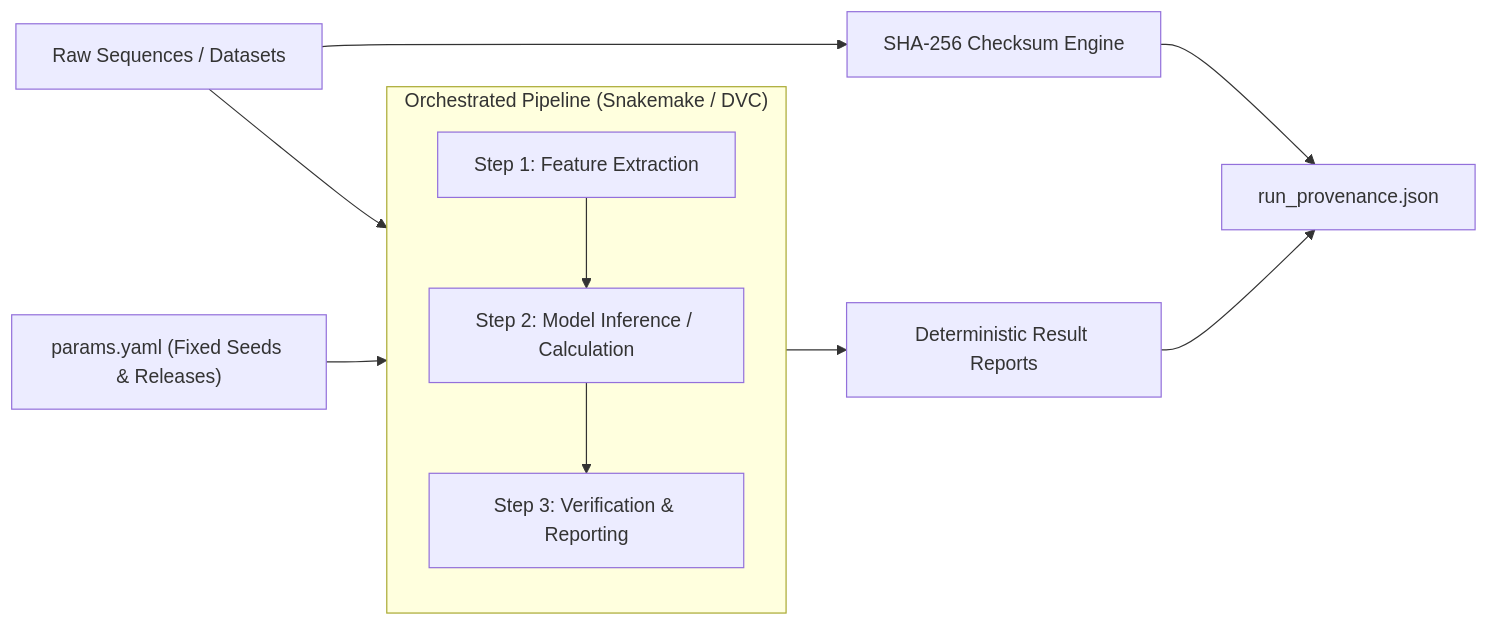
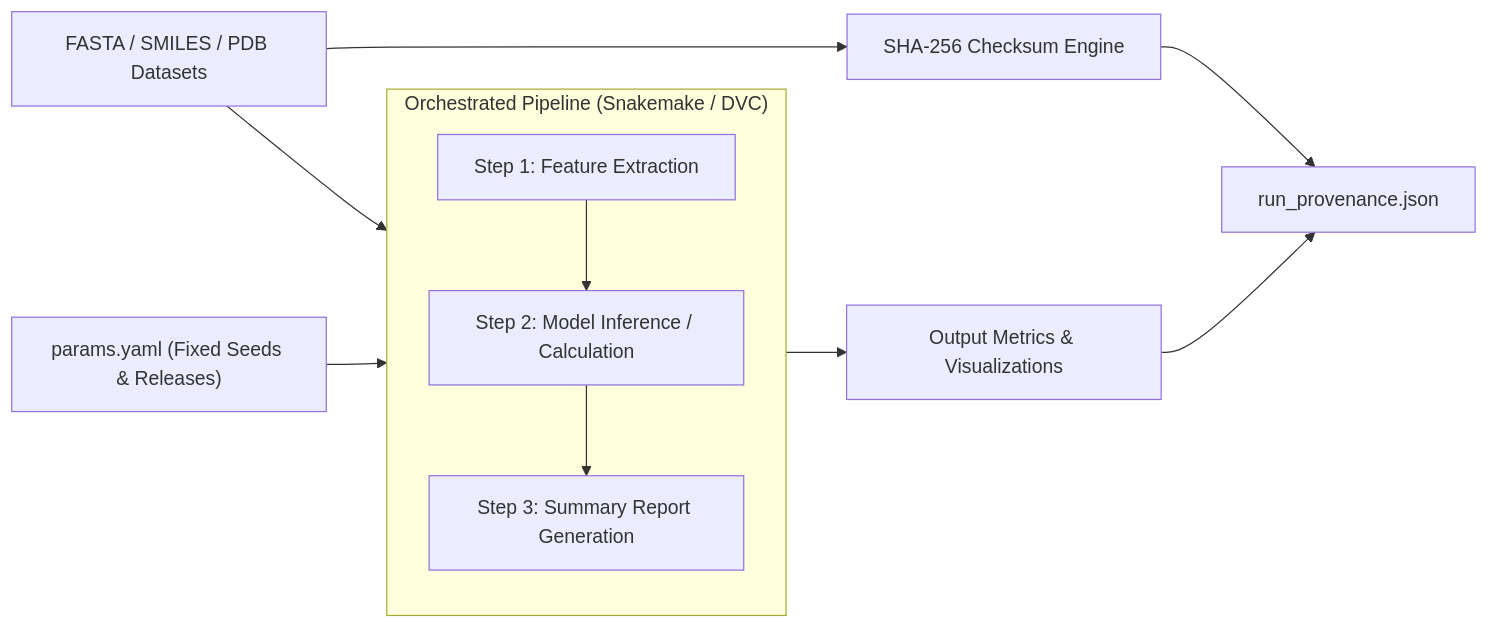
The sixth of 7 diagrams in README.md (SamDozer/antigravity-elite-harness), drawn with Mermaid before and after one commit. The commit also changed other lines of this file and 6 other files, not shown here.

````diff
--- a/README.md
+++ b/README.md
@@ -173,17 +248,17 @@
 ```mermaid
 flowchart LR
-    RawData["Raw Sequences / Datasets"] --> Hasher["SHA-256 Checksum Engine"]
+    RawData["FASTA / SMILES / PDB Datasets"] --> Hasher["SHA-256 Checksum Engine"]
     Hasher --> Provenance["run_provenance.json"]
     
     subgraph Pipeline["Orchestrated Pipeline (Snakemake / DVC)"]
         Stage1["Step 1: Feature Extraction"]
         Stage2["Step 2: Model Inference / Calculation"]
-        Stage3["Step 3: Verification & Reporting"]
+        Stage3["Step 3: Summary Report Generation"]
         Stage1 --> Stage2 --> Stage3
     end
     
     RawData --> Pipeline
     Params["params.yaml (Fixed Seeds & Releases)"] --> Pipeline
-    Pipeline --> Artifacts["Deterministic Result Reports"]
+    Pipeline --> Artifacts["Output Metrics & Visualizations"]
     Artifacts --> Provenance
 ```
````
